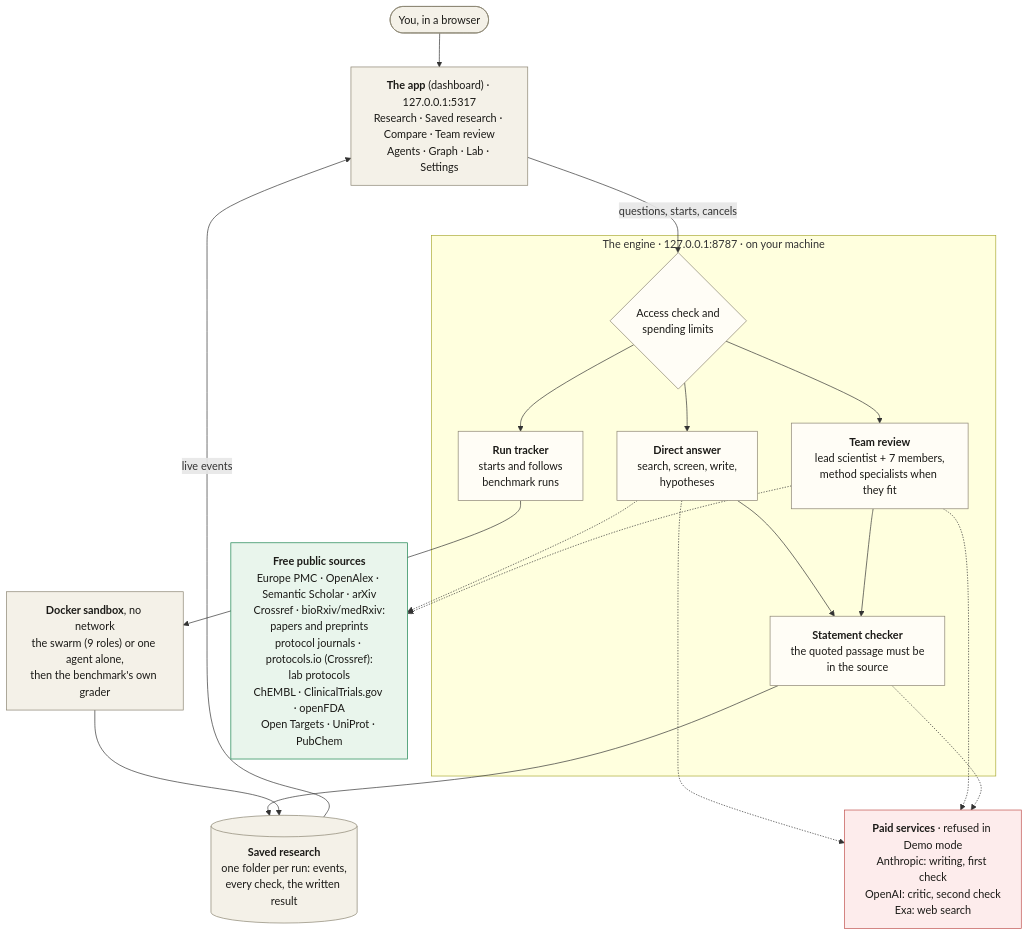
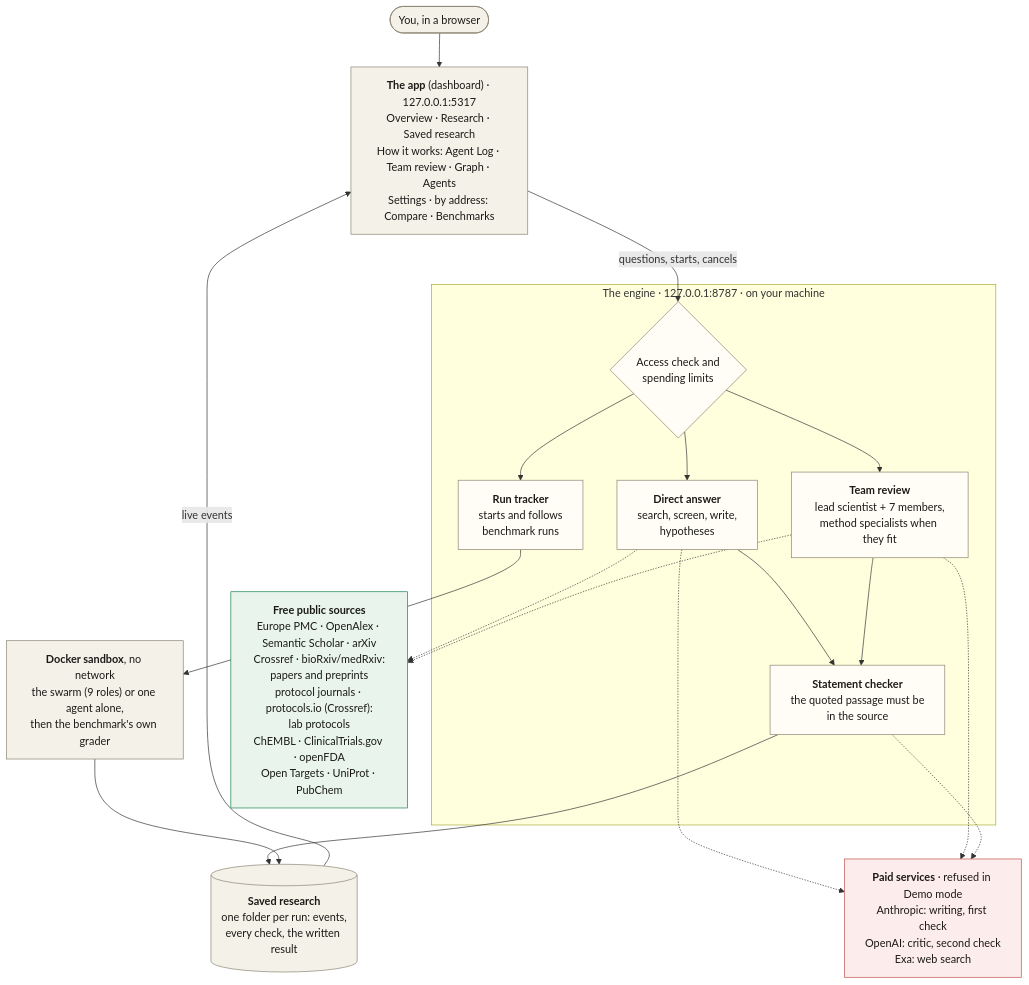
One commit to itsbrendandang/agent-test changed the diagram in README.md. Above: the diagram before and after it, drawn with Mermaid. The commit also changed other lines of this file and 10 other files, not shown here.

````diff
--- a/README.md
+++ b/README.md
@@ -434,44 +502,44 @@
 ```mermaid
 flowchart TB
     you(["You, in a browser"])
-    app["<b>The app</b> (dashboard) · 127.0.0.1:5317<br/>Research · Saved research · Compare · Team review<br/>Agents · Graph · Lab · Settings"]
+    app["<b>The app</b> (dashboard) · 127.0.0.1:5317<br/>Overview · Research · Saved research<br/>How it works: Agent Log · Team review · Graph · Agents<br/>Settings · by address: Compare · Benchmarks"]
 
     subgraph engine["The engine · 127.0.0.1:8787 · on your machine"]
         gate{"Access check and<br/>spending limits"}
         answer["<b>Direct answer</b><br/>search, screen, write,<br/>hypotheses"]
         board["<b>Team review</b><br/>lead scientist + 7 members,<br/>method specialists when they fit"]
         tracker["<b>Run tracker</b><br/>starts and follows<br/>benchmark runs"]
         check["<b>Statement checker</b><br/>the quoted passage must be<br/>in the source"]
     end
 
     sandbox["<b>Docker sandbox</b>, no network<br/>the swarm (9 roles) or one agent alone,<br/>then the benchmark's own grader"]
     store[("<b>Saved research</b><br/>one folder per run: events,<br/>every check, the written result")]
     paid["<b>Paid services</b> · refused in Demo mode<br/>Anthropic: writing, first check<br/>OpenAI: critic, second check<br/>Exa: web search"]
     free["<b>Free public sources</b><br/>Europe PMC · OpenAlex · Semantic Scholar · arXiv<br/>Crossref · bioRxiv/medRxiv:<br/>papers and preprints<br/>protocol journals · protocols.io (Crossref):<br/>lab protocols<br/>ChEMBL · ClinicalTrials.gov · openFDA<br/>Open Targets · UniProt · PubChem"]
 
     you --> app
     app -- "questions, starts, cancels" --> gate
     gate --> answer
     gate --> board
     gate --> tracker
     answer --> check
     board --> check
     tracker --> sandbox
     check --> store
     sandbox --> store
     store -- "live events" --> app
     answer -.-> free
     board -.-> free
     answer -.-> paid
     board -.-> paid
     check -.-> paid
 
     classDef local fill:#f4f1e8,stroke:#8a8371,color:#1b1a17
     classDef core fill:#fffdf6,stroke:#8a8371,color:#1b1a17
     classDef paidc fill:#fdecec,stroke:#c0504d,color:#1b1a17
     classDef freec fill:#e9f5ec,stroke:#17824d,color:#1b1a17
     class you,app,store,sandbox local
     class gate,answer,board,tracker,check core
     class paid paidc
     class free freec
 ```
````
